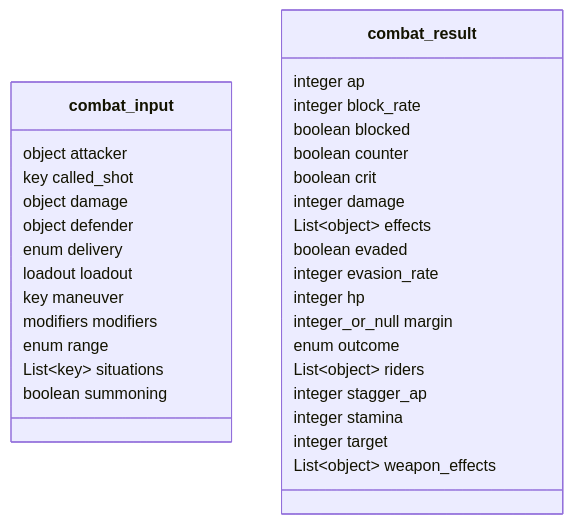
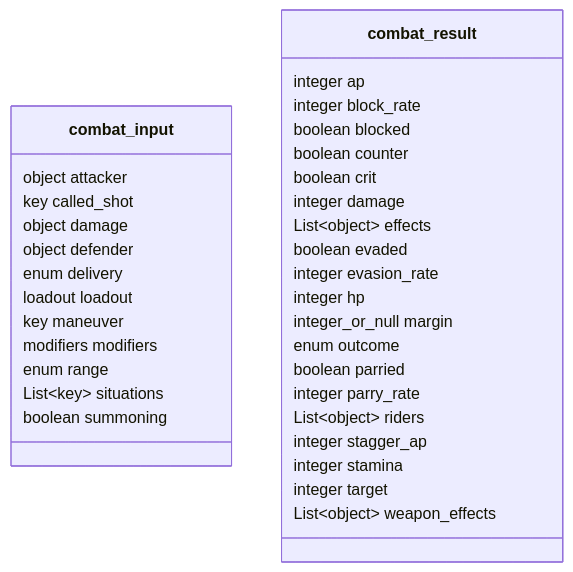
Before and after one commit to SETA1609/riftweave-core: the seventh of 28 diagrams in docs/backend/contract-diagram.md, drawn with Mermaid. The commit also changed other lines of this file and 18 other files, not shown here.

````diff
--- a/docs/backend/contract-diagram.md
+++ b/docs/backend/contract-diagram.md
@@ -239,35 +240,37 @@
 ```mermaid
 classDiagram
     class combat_input {
         object attacker
         key called_shot
         object damage
         object defender
         enum delivery
         loadout loadout
         key maneuver
         modifiers modifiers
         enum range
         List~key~ situations
         boolean summoning
     }
     class combat_result {
         integer ap
         integer block_rate
         boolean blocked
         boolean counter
         boolean crit
         integer damage
         List~object~ effects
         boolean evaded
         integer evasion_rate
         integer hp
         integer_or_null margin
         enum outcome
+        boolean parried
+        integer parry_rate
         List~object~ riders
         integer stagger_ap
         integer stamina
         integer target
         List~object~ weapon_effects
     }
 ```
````
